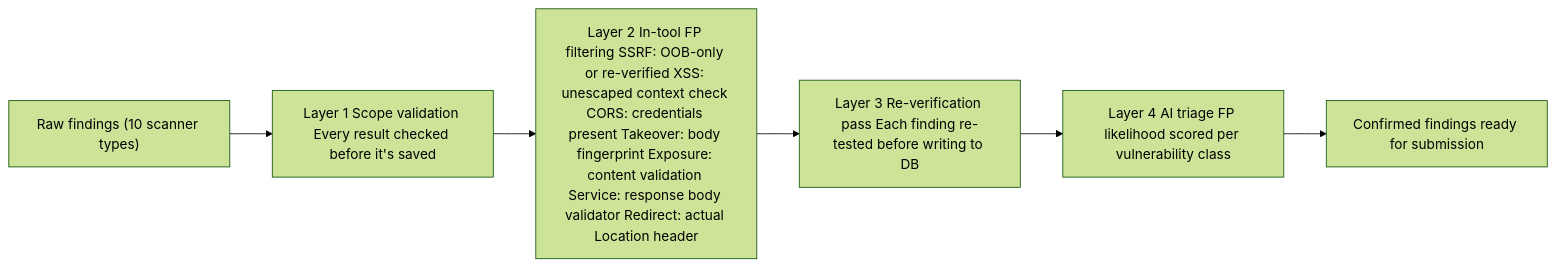
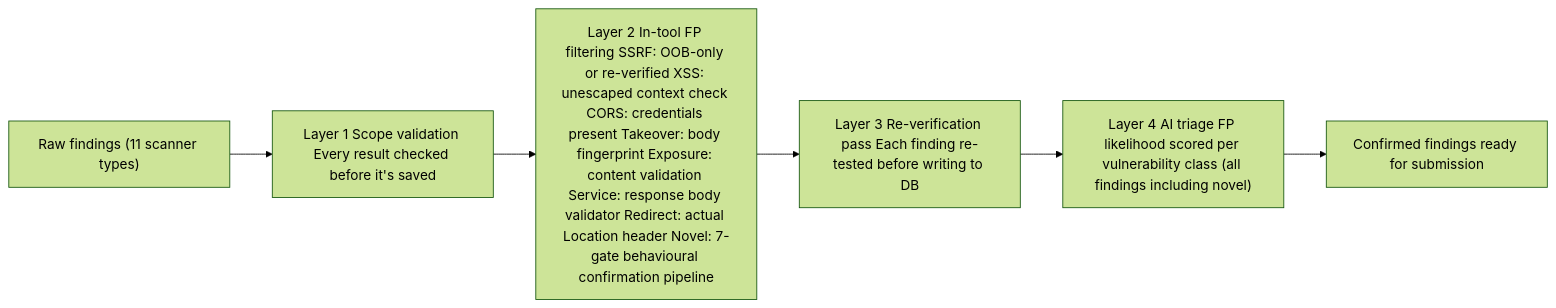
One commit to chegelawrence/liminal changed diagram 13 of 13 in README.md. Above: the diagram before and after it, drawn with Mermaid (forest theme). The commit also changed other lines of this file and 8 other files, not shown here.

````diff
--- a/README.md
+++ b/README.md
@@ -1290,10 +1465,10 @@
 ```mermaid
 flowchart LR
-    RAW["Raw findings (10 scanner types)"]
+    RAW["Raw findings (11 scanner types)"]
 
     RAW --> L1["Layer 1 Scope validation Every result checked before it's saved"]
-    L1 --> L2["Layer 2 In-tool FP filtering SSRF: OOB-only or re-verified XSS: unescaped context check CORS: credentials present Takeover: body fingerprint Exposure: content validation Service: response body validator Redirect: actual Location header"]
+    L1 --> L2["Layer 2 In-tool FP filtering SSRF: OOB-only or re-verified XSS: unescaped context check CORS: credentials present Takeover: body fingerprint Exposure: content validation Service: response body validator Redirect: actual Location header Novel: 7-gate behavioural confirmation pipeline"]
     L2 --> L3["Layer 3 Re-verification pass Each finding re-tested before writing to DB"]
-    L3 --> L4["Layer 4 AI triage FP likelihood scored per vulnerability class"]
+    L3 --> L4["Layer 4 AI triage FP likelihood scored per vulnerability class (all findings including novel)"]
     L4 --> OUT["Confirmed findings ready for submission"]
 ```
````
